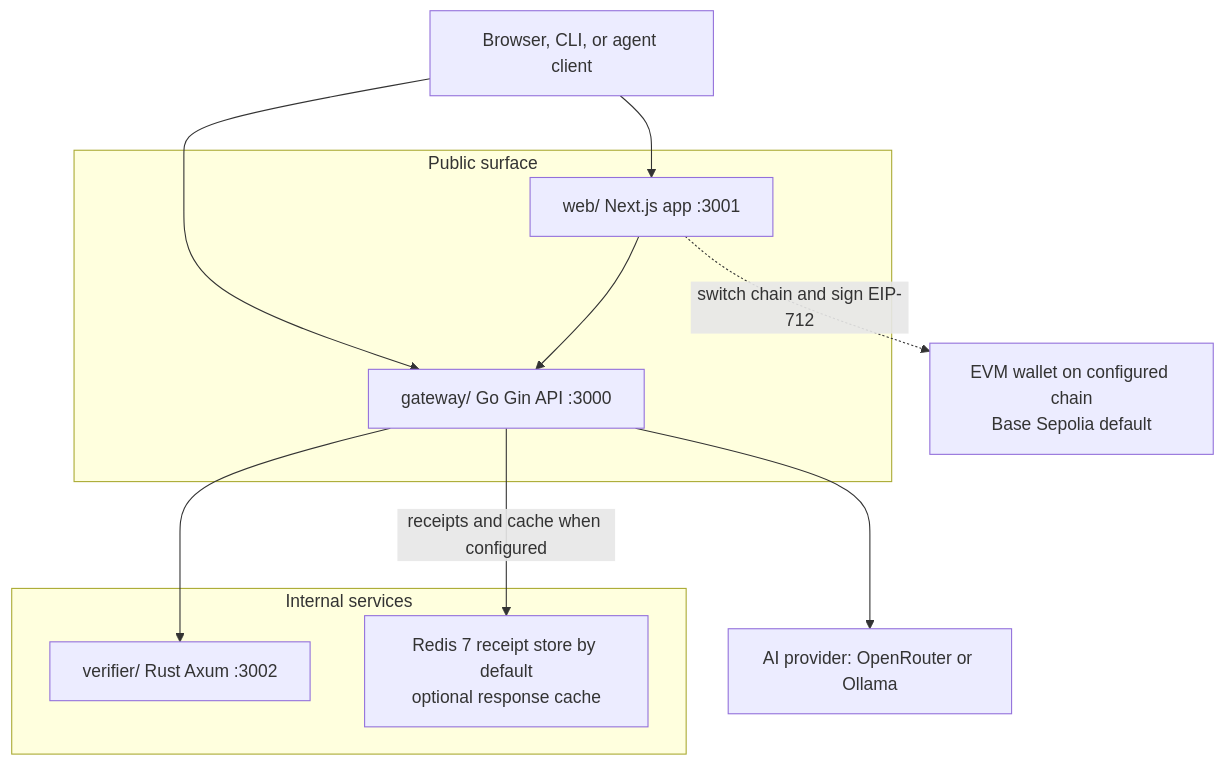
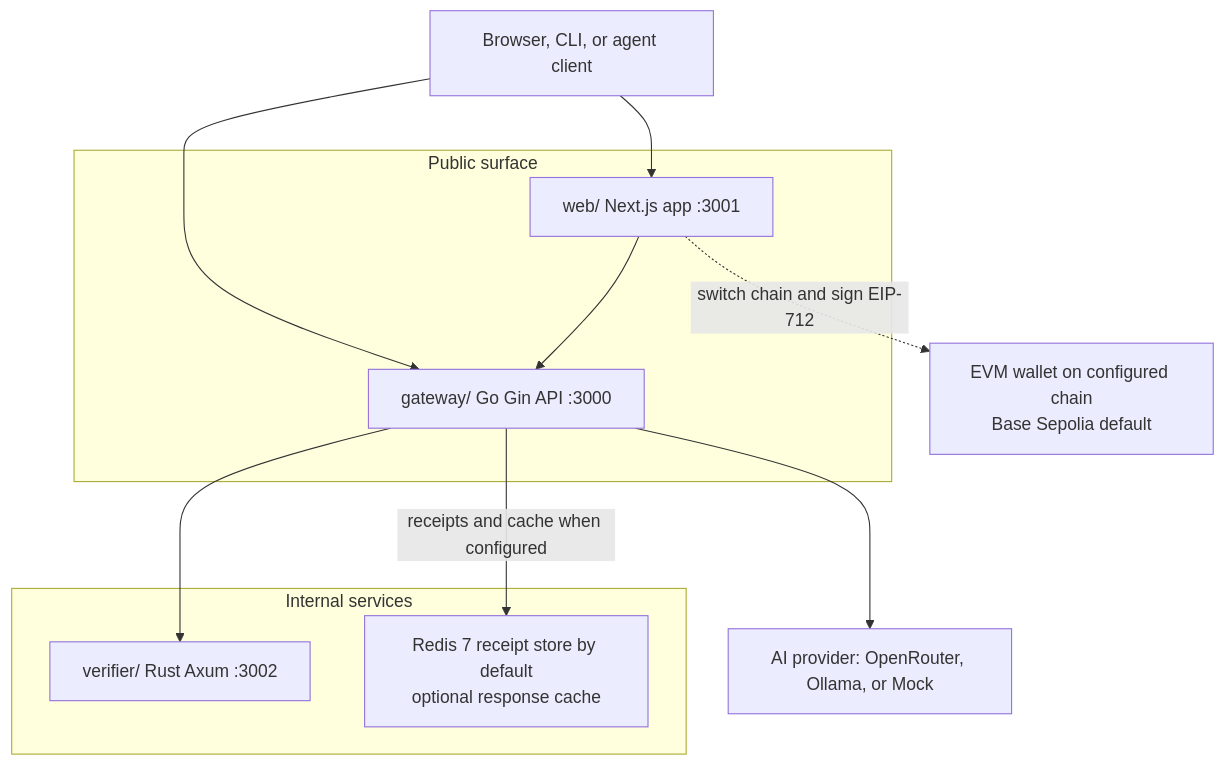
One commit to AnkanMisra/MicroAI-Paygate changed the first of 4 diagrams in README.md. Above: the diagram before and after it, drawn with Mermaid. The commit also changed other lines of this file and 4 other files, not shown here.

````diff
--- a/README.md
+++ b/README.md
@@ -62,28 +62,28 @@
 ```mermaid
 flowchart TB
     Client["Browser, CLI, or agent client"]
     Web["web/ Next.js app :3001"]
     Gateway["gateway/ Go Gin API :3000"]
     Verifier["verifier/ Rust Axum :3002"]
     Redis["Redis 7 receipt store by default\noptional response cache"]
-    AI["AI provider: OpenRouter or Ollama"]
+    AI["AI provider: OpenRouter, Ollama, or Mock"]
     Wallet["EVM wallet on configured chain\nBase Sepolia default"]
 
     Client --> Web
     Client --> Gateway
     Web --> Gateway
     Web -. "switch chain and sign EIP-712" .-> Wallet
     Gateway --> Verifier
     Gateway --> AI
     Gateway -->|"receipts and cache when configured"| Redis
 
     subgraph Public["Public surface"]
       Web
       Gateway
     end
 
     subgraph Internal["Internal services"]
       Verifier
       Redis
     end
 ```
````
